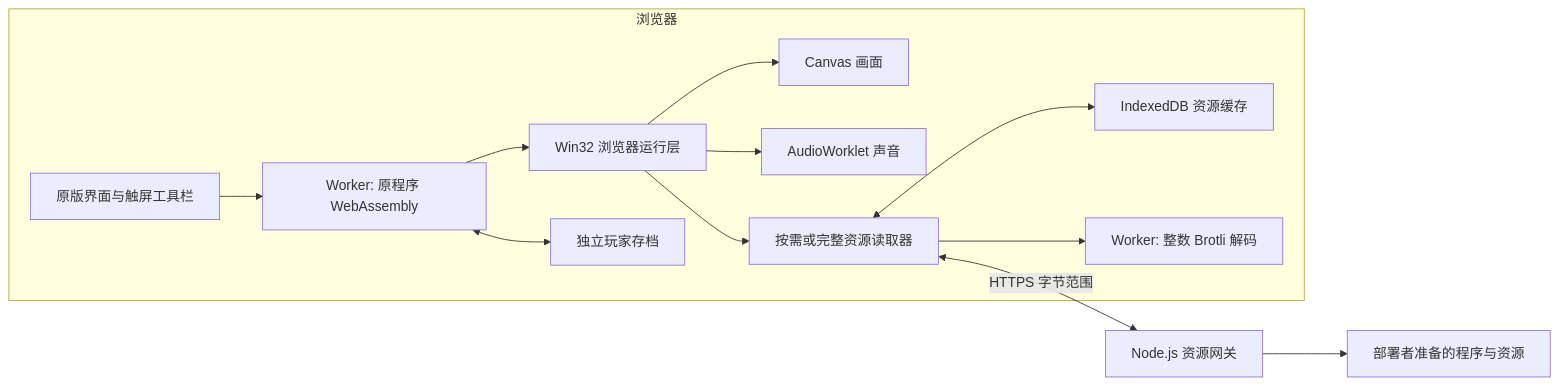
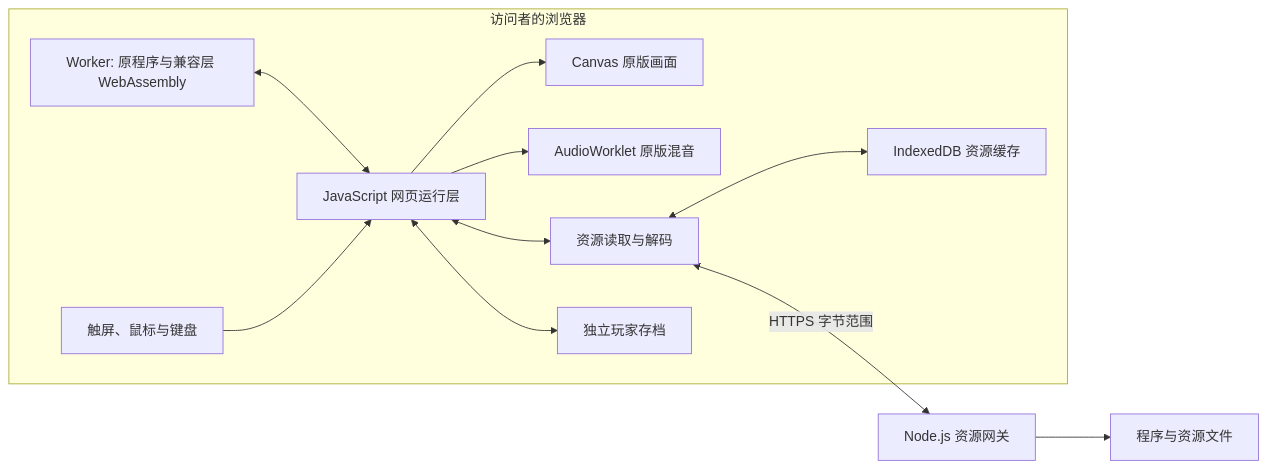
Before and after one commit to Junming-Liang/joey-browser: the diagram in README.md, drawn with Mermaid. The commit also changed other lines of this file and 6 other files, not shown here.

````diff
--- a/README.md
+++ b/README.md
@@ -103,15 +131,14 @@
 ```mermaid
 flowchart LR
-  subgraph Browser[浏览器]
-    Input[原版界面与触屏工具栏] --> Game[Worker: 原程序 WebAssembly]
-    Game --> Host[Win32 浏览器运行层]
-    Host --> Canvas[Canvas 画面]
-    Host --> Audio[AudioWorklet 声音]
-    Host --> Reader[按需或完整资源读取器]
+  subgraph Browser[访问者的浏览器]
+    Game[Worker: 原程序与兼容层 WebAssembly] <--> Host[JavaScript 网页运行层]
+    Host --> Canvas[Canvas 原版画面]
+    Host --> Audio[AudioWorklet 原版混音]
+    Input[触屏、鼠标与键盘] --> Host
+    Host <--> Reader[资源读取与解码]
     Reader <--> Cache[IndexedDB 资源缓存]
-    Game <--> Saves[独立玩家存档]
-    Reader --> Decoder[Worker: 整数 Brotli 解码]
+    Host <--> Saves[独立玩家存档]
   end
   Reader <-->|HTTPS 字节范围| Gateway[Node.js 资源网关]
-  Gateway --> Assets[部署者准备的程序与资源]
+  Gateway --> Assets[程序与资源文件]
 ```
````
